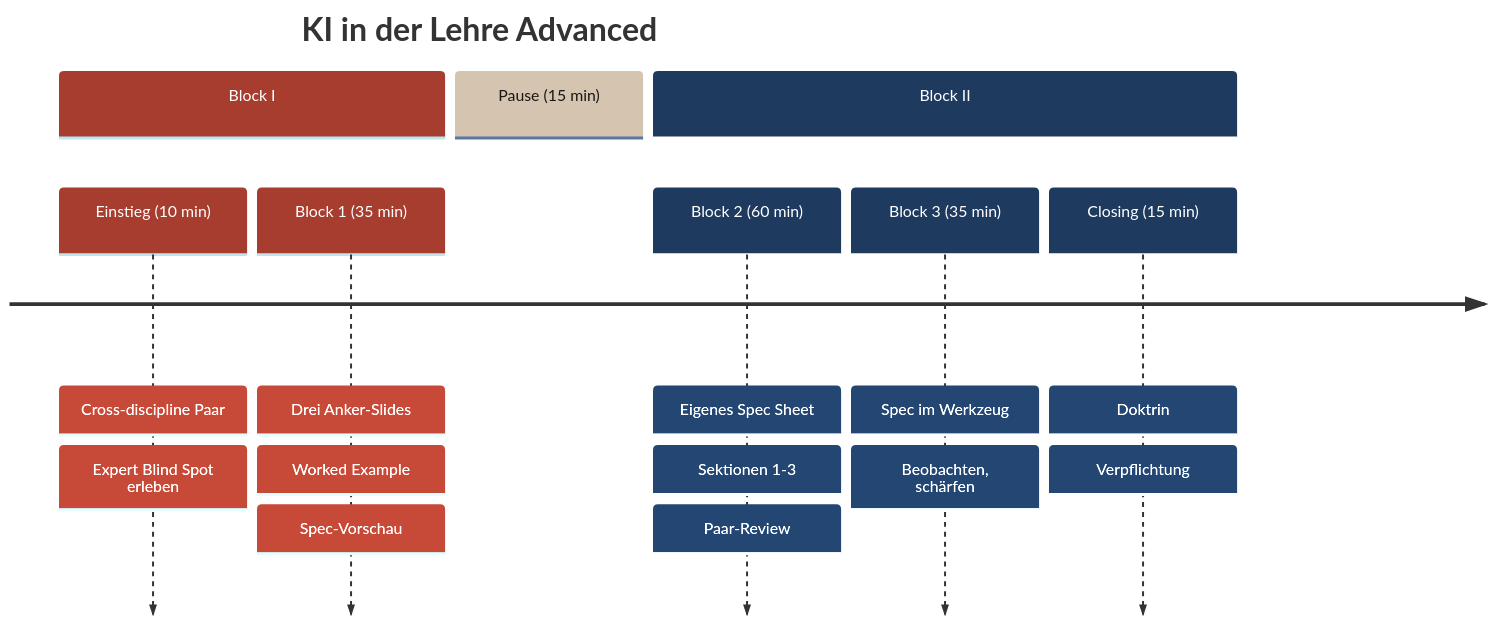
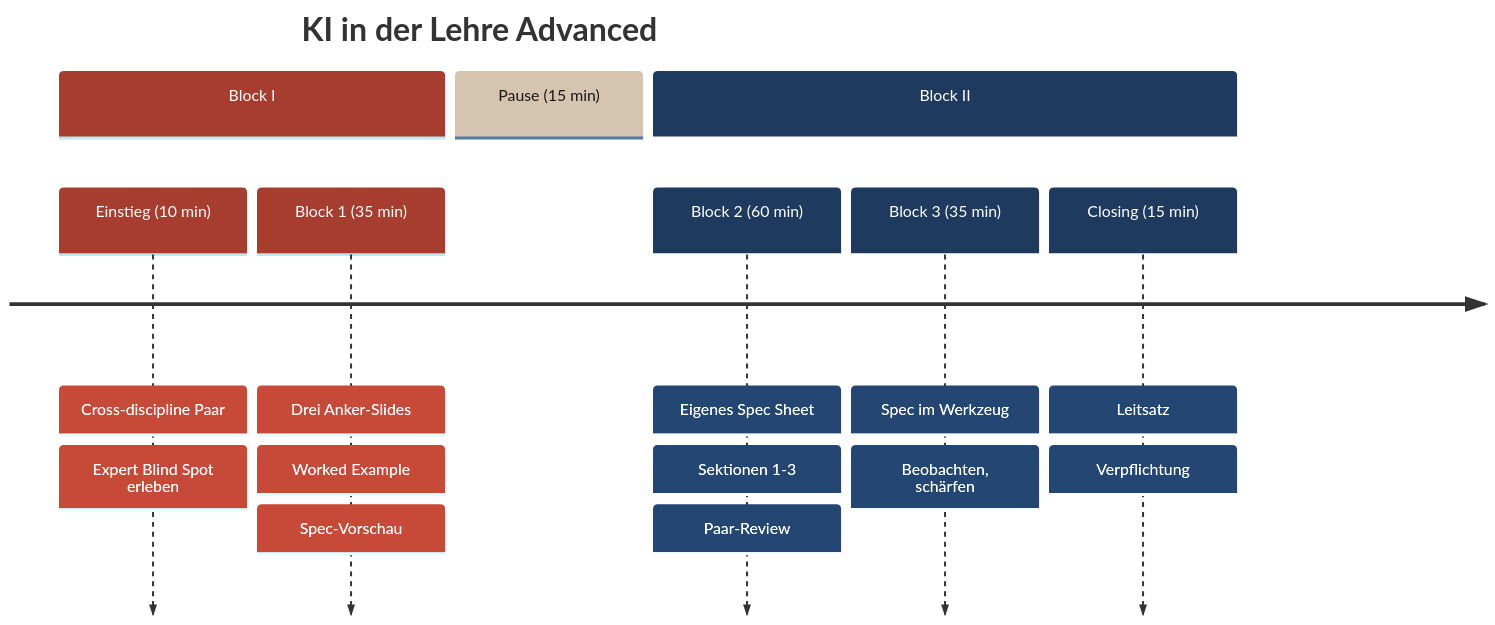
Before and after one commit to virtuelleakademie/ki-lehre-advanced: the diagram in resources/figures/fig-workshop-flow.qmd, drawn with Mermaid. The commit also changed 15 other files, not shown here.

First line of the commit message:
Refactor terminology from "Doktrin" to "Leitsatz" across workshop materials

````diff
--- a/resources/figures/fig-workshop-flow.qmd
+++ b/resources/figures/fig-workshop-flow.qmd
@@ -1,15 +1,15 @@
 ```{mermaid}
 %%| label: workshop-flow
 %%| echo: false
 %%{init: {'theme': 'base', 'themeVariables': {'cScale0': '#A63D2F', 'cScale1': '#d4c4b0', 'cScale2': '#1E3A5F', 'cScale3': '#d4c4b0', 'cScale4': '#7B4EA3', 'cScale5': '#B8821A', 'cScaleLabel0': '#ffffff', 'cScaleLabel1': '#1A1714', 'cScaleLabel2': '#ffffff', 'cScaleLabel3': '#1A1714', 'cScaleLabel4': '#ffffff', 'cScaleLabel5': '#ffffff', 'cScalePeer0': '#c46a5f', 'cScalePeer1': '#e5ddd0', 'cScalePeer2': '#4a6a8f', 'cScalePeer3': '#e5ddd0', 'cScalePeer4': '#9a7abf', 'cScalePeer5': '#d4a84a'}}}%%
 timeline
   title KI in der Lehre Advanced
   section Block I
     Einstieg (10 min) : Cross-discipline Paar : Expert Blind Spot erleben
     Block 1 (35 min) : Drei Anker-Slides : Worked Example : Spec-Vorschau
   section Pause (15 min)
   section Block II
     Block 2 (60 min) : Eigenes Spec Sheet : Sektionen 1-3 : Paar-Review
     Block 3 (35 min) : Spec im Werkzeug : Beobachten, schärfen
-    Closing (15 min) : Doktrin : Verpflichtung
+    Closing (15 min) : Leitsatz : Verpflichtung
 ```
````
